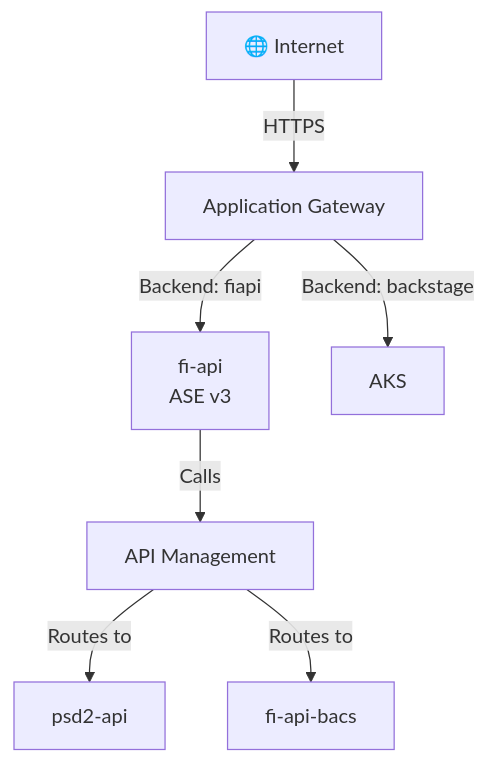
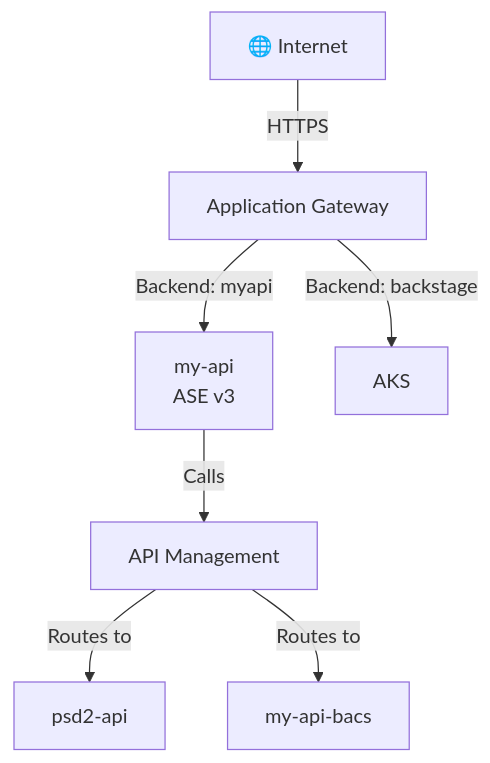
One commit to Reedboot/Triage-Saurus changed the fourth of 4 diagrams in Agents/ArchitectureAgent.md. Above: the diagram before and after it, drawn with Mermaid. The commit also changed other lines of this file, not shown here.

````diff
--- a/Agents/ArchitectureAgent.md
+++ b/Agents/ArchitectureAgent.md
@@ -173,17 +190,17 @@
 ```mermaid
 flowchart TB
     Internet[🌐 Internet] -->|HTTPS| AGW[Application Gateway]
-    AGW -->|Backend: fiapi| FIAPI[fi-api<br/>ASE v3]
+    AGW -->|Backend: myapi| MYAPI[my-api<br/>ASE v3]
     AGW -->|Backend: backstage| AKS[AKS]
     
-    FIAPI -->|Calls| APIM[API Management]
+    MYAPI -->|Calls| APIM[API Management]
     APIM -->|Routes to| PSD2[psd2-api]
-    APIM -->|Routes to| BACS[fi-api-bacs]
+    APIM -->|Routes to| BACS[my-api-bacs]
     
     click AGW "../Repos/terraform-app_gateway.md" "View App Gateway config"
-    click FIAPI "../Repos/fi_api.md" "View fi-api service"
+    click MYAPI "../Repos/my_api.md" "View my-api service"
     click AKS "../Repos/terraform-aks.md" "View AKS cluster"
     click APIM "#-api-management-routing" "View APIM routing section"
     click PSD2 "../Repos/psd2-api.md" "View PSD2 API service"
-    click BACS "../Repos/fi-api-bacs.md" "View BACS service"
+    click BACS "../Repos/my-api-bacs.md" "View BACS service"
 ```
````
